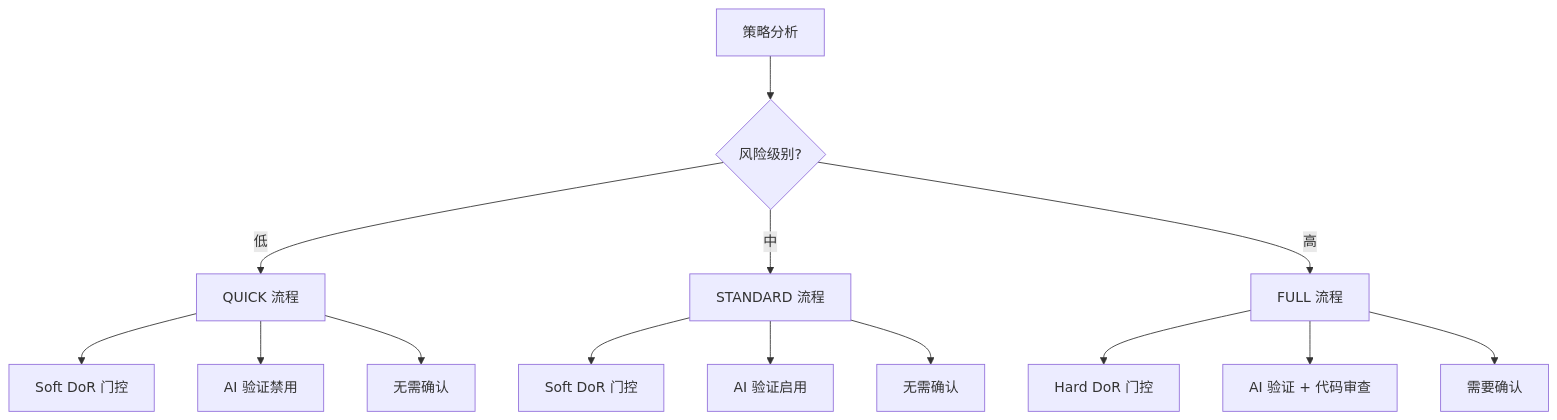
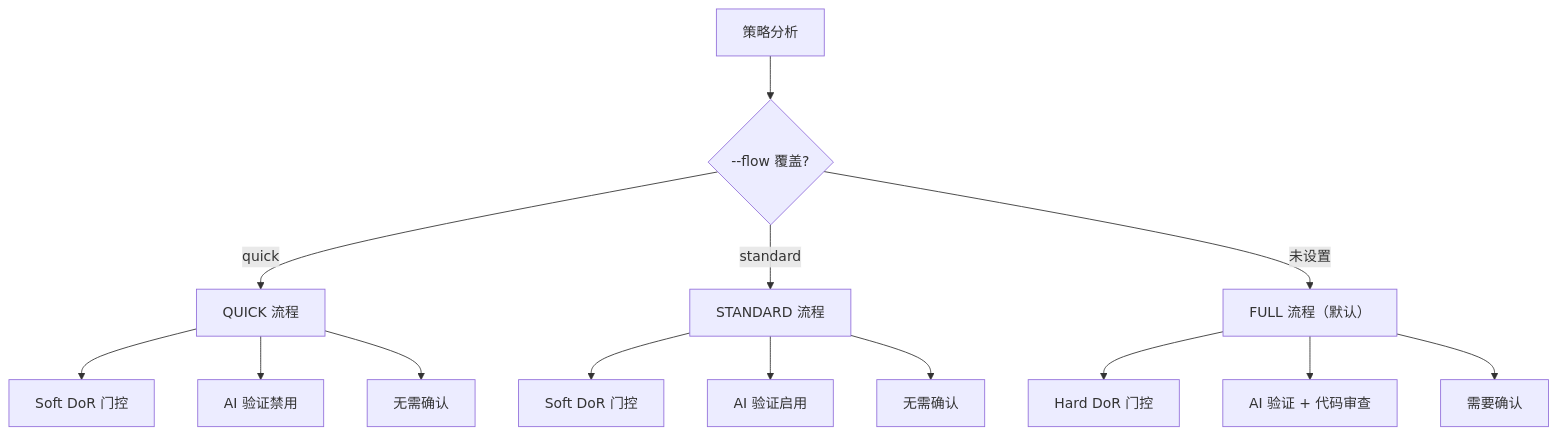
Before and after one commit to Taoidle/plan-cascade: the fifth of 19 diagrams in docs/System-Architecture_zh.md, drawn with Mermaid. The commit also changed other lines of this file and 17 other files, not shown here.

````diff
--- a/docs/System-Architecture_zh.md
+++ b/docs/System-Architecture_zh.md
@@ -374,19 +377,19 @@
 ```mermaid
 graph TD
-    A[策略分析] --> B{风险级别?}
-    B -->|低| C[QUICK 流程]
-    B -->|中| D[STANDARD 流程]
-    B -->|高| E[FULL 流程]
+    A[策略分析] --> B{--flow 覆盖?}
+    B -->|quick| C[QUICK 流程]
+    B -->|standard| D[STANDARD 流程]
+    B -->|未设置| E[FULL 流程（默认）]
 
     C --> C1[Soft DoR 门控]
     C --> C2[AI 验证禁用]
     C --> C3[无需确认]
 
     D --> D1[Soft DoR 门控]
     D --> D2[AI 验证启用]
     D --> D3[无需确认]
 
     E --> E1[Hard DoR 门控]
     E --> E2[AI 验证 + 代码审查]
     E --> E3[需要确认]
 ```
````
